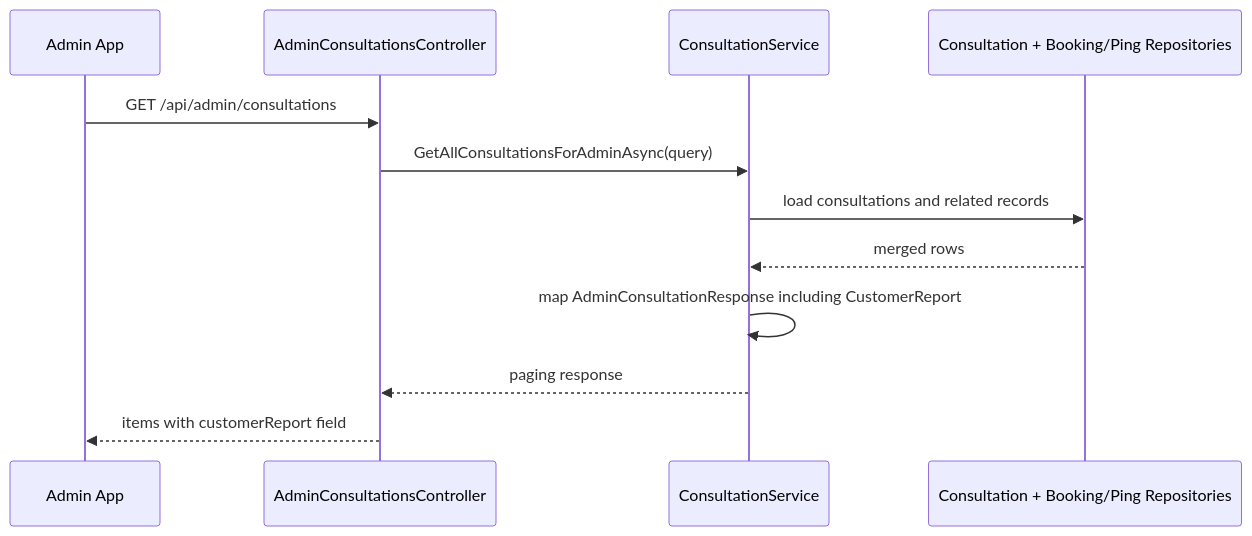
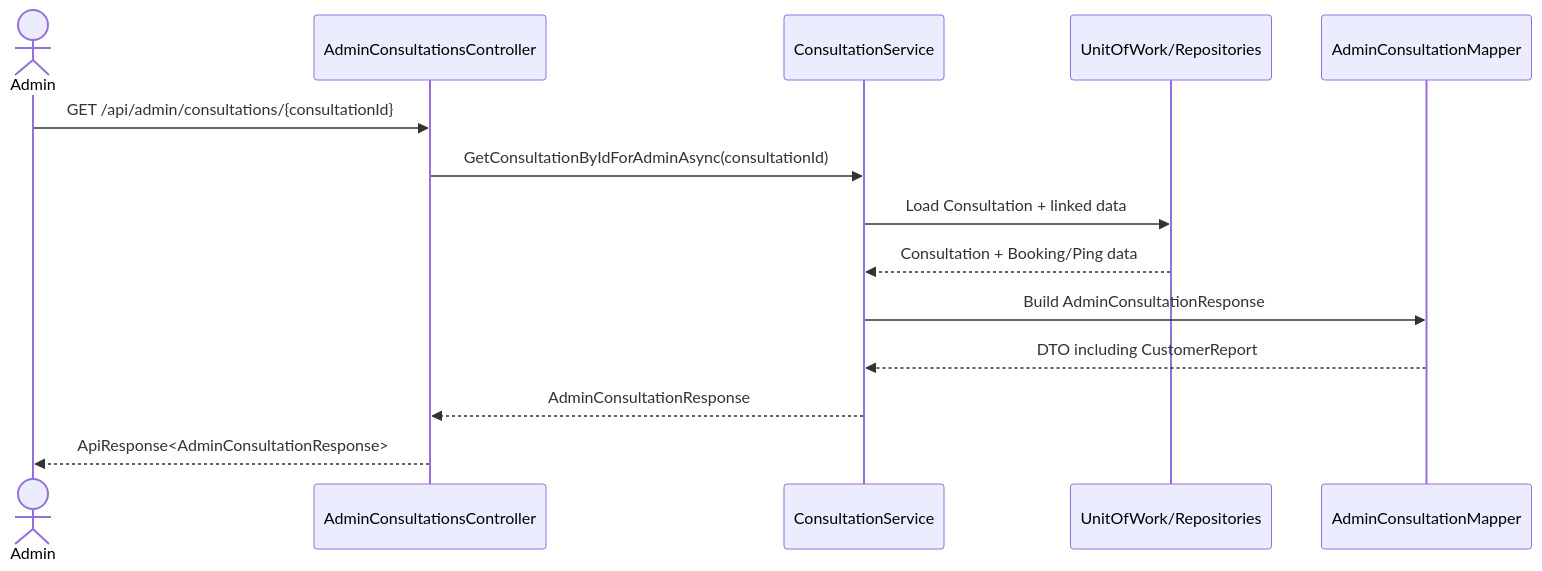
The fourth of 4 diagrams in Docs/05-Backend/02-layers/consultation-expert-absent/consultation-expert-absent.sourcecode.md (Snake-AID/SnakeAid.Docs), drawn with Mermaid before and after one commit. The commit also changed other lines of this file and 4 other files, not shown here.

````diff
--- a/Docs/05-Backend/02-layers/consultation-expert-absent/consultation-expert-absent.sourcecode.md
+++ b/Docs/05-Backend/02-layers/consultation-expert-absent/consultation-expert-absent.sourcecode.md
@@ -271,15 +197,17 @@
 ```mermaid
 sequenceDiagram
-    participant AdminApp as Admin App
+    actor Admin
     participant API as AdminConsultationsController
     participant Service as ConsultationService
-    participant Repos as Consultation + Booking/Ping Repositories
+    participant Repo as UnitOfWork/Repositories
+    participant Mapper as AdminConsultationMapper
 
-    AdminApp->>API: GET /api/admin/consultations
-    API->>Service: GetAllConsultationsForAdminAsync(query)
-    Service->>Repos: load consultations and related records
-    Repos-->>Service: merged rows
-    Service->>Service: map AdminConsultationResponse including CustomerReport
-    Service-->>API: paging response
-    API-->>AdminApp: items with customerReport field
+    Admin->>API: GET /api/admin/consultations/{consultationId}
+    API->>Service: GetConsultationByIdForAdminAsync(consultationId)
+    Service->>Repo: Load Consultation + linked data
+    Repo-->>Service: Consultation + Booking/Ping data
+    Service->>Mapper: Build AdminConsultationResponse
+    Mapper-->>Service: DTO including CustomerReport
+    Service-->>API: AdminConsultationResponse
+    API-->>Admin: ApiResponse<AdminConsultationResponse>
 ```
````
